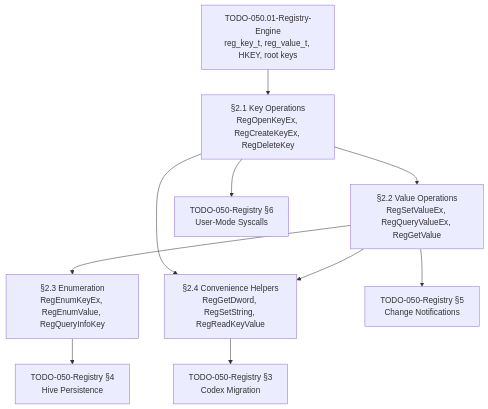
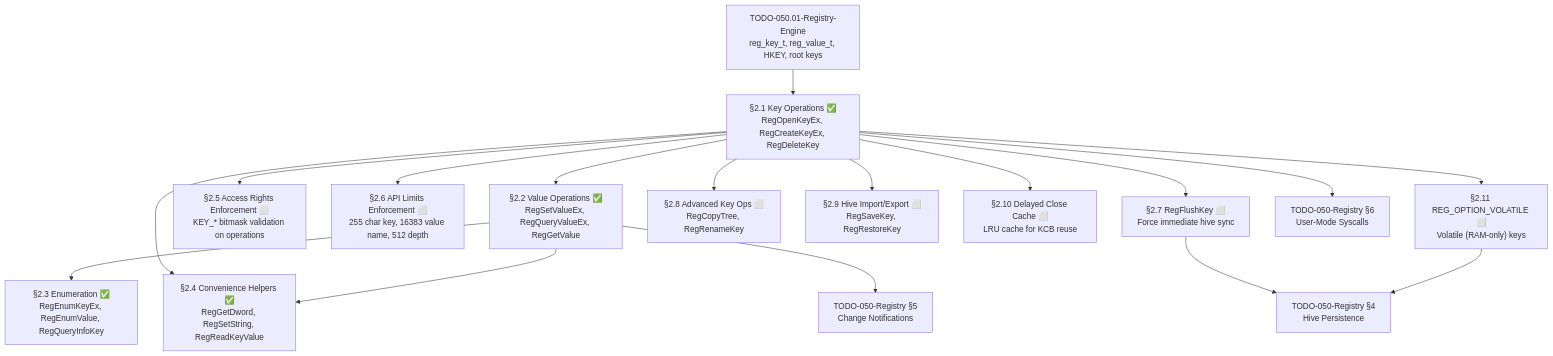
One commit to rizonesoft/impossible-os changed the diagram in todo/010-Kernel-Foundations/TODO-050-Registry/TODO-050.02-Win32-Reg-API.md. Above: the diagram before and after it, drawn with Mermaid. The commit also changed other lines of this file and 1 other file, not shown here.

First line of the commit message:
todo: validate and enhance TODO-050.02 Win32 Registry API

````diff
--- a/todo/010-Kernel-Foundations/TODO-050-Registry/TODO-050.02-Win32-Reg-API.md
+++ b/todo/010-Kernel-Foundations/TODO-050-Registry/TODO-050.02-Win32-Reg-API.md
@@ -20,25 +26,38 @@
 ```mermaid
 graph TD
     ENGINE["TODO-050.01-Registry-Engine<br/>reg_key_t, reg_value_t, HKEY, root keys"]
-    
-    A["§2.1 Key Operations<br/>RegOpenKeyEx, RegCreateKeyEx, RegDeleteKey"]
-    B["§2.2 Value Operations<br/>RegSetValueEx, RegQueryValueEx, RegGetValue"]
-    C["§2.3 Enumeration<br/>RegEnumKeyEx, RegEnumValue, RegQueryInfoKey"]
-    D["§2.4 Convenience Helpers<br/>RegGetDword, RegSetString, RegReadKeyValue"]
-    
-    MIGRATE["TODO-050-Registry §3<br/>Codex Migration"]
-    HIVE["TODO-050-Registry §4<br/>Hive Persistence"]
+
+    A["§2.1 Key Operations ✅<br/>RegOpenKeyEx, RegCreateKeyEx, RegDeleteKey"]
+    B["§2.2 Value Operations ✅<br/>RegSetValueEx, RegQueryValueEx, RegGetValue"]
+    C["§2.3 Enumeration ✅<br/>RegEnumKeyEx, RegEnumValue, RegQueryInfoKey"]
+    D["§2.4 Convenience Helpers ✅<br/>RegGetDword, RegSetString, RegReadKeyValue"]
+    E["§2.5 Access Rights Enforcement ⬜<br/>KEY_* bitmask validation on operations"]
+    F["§2.6 API Limits Enforcement ⬜<br/>255 char key, 16383 value name, 512 depth"]
+    G["§2.7 RegFlushKey ⬜<br/>Force immediate hive sync"]
+    H["§2.8 Advanced Key Ops ⬜<br/>RegCopyTree, RegRenameKey"]
+    I["§2.9 Hive Import/Export ⬜<br/>RegSaveKey, RegRestoreKey"]
+    J["§2.10 Delayed Close Cache ⬜<br/>LRU cache for KCB reuse"]
+    K["§2.11 REG_OPTION_VOLATILE ⬜<br/>Volatile (RAM-only) keys"]
+
     NOTIFY["TODO-050-Registry §5<br/>Change Notifications"]
     SYSCALL["TODO-050-Registry §6<br/>User-Mode Syscalls"]
-    
+    HIVE["TODO-050-Registry §4<br/>Hive Persistence"]
+
     ENGINE --> A
     A --> B
     B --> C
     A --> D
     B --> D
-    
-    D --> MIGRATE
-    C --> HIVE
+    A --> E
+    A --> F
+    A --> G
+    A --> H
+    A --> I
+    A --> J
+    A --> K
+
     B --> NOTIFY
     A --> SYSCALL
+    G --> HIVE
+    K --> HIVE
 ```
````
